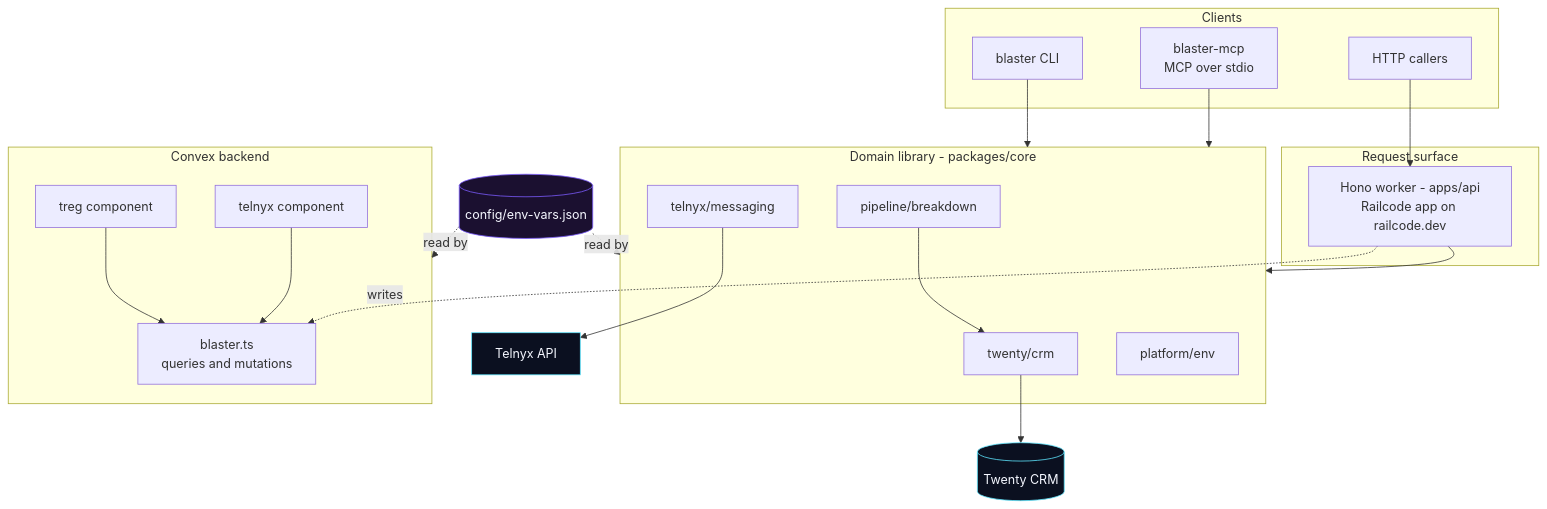
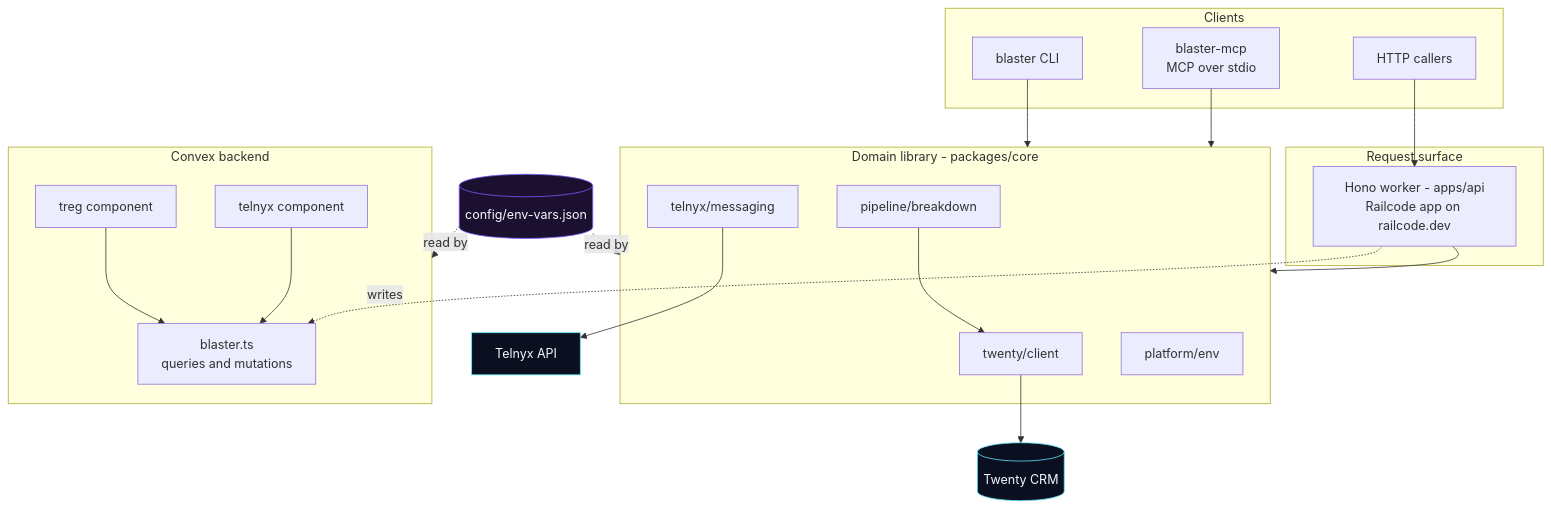
Before and after one commit to hack-lab-agentconnect/blaster: the first of 3 diagrams in README.md, drawn with Mermaid. The commit also changed other lines of this file and 70 other files, not shown here.

````diff
--- a/README.md
+++ b/README.md
@@ -12,43 +12,43 @@
 ```mermaid
 flowchart TB
   subgraph clients["Clients"]
     CLI["blaster CLI"]
     MCP["blaster-mcp<br/>MCP over stdio"]
     WEB["HTTP callers"]
   end
   subgraph api["Request surface"]
     HONO["Hono worker - apps/api<br/>Railcode app on railcode.dev"]
   end
   subgraph core["Domain library - packages/core"]
-    CRM["twenty/crm"]
+    CLIENT["twenty/client"]
     MSG["telnyx/messaging"]
     BRK["pipeline/breakdown"]
     ENV["platform/env"]
   end
   subgraph convex["Convex backend"]
     FN["blaster.ts<br/>queries and mutations"]
     TREG["treg component"]
     TEL["telnyx component"]
   end
   TWENTY[("Twenty CRM")]
   TELNYX["Telnyx API"]
   MANIFEST[("config/env-vars.json")]
 
   CLI --> core
   MCP --> core
   WEB --> HONO
   HONO --> core
   HONO -. "writes" .-> FN
-  CRM --> TWENTY
+  CLIENT --> TWENTY
   MSG --> TELNYX
-  BRK --> CRM
+  BRK --> CLIENT
   MANIFEST -. "read by" .-> core
   MANIFEST -. "read by" .-> convex
   TREG --> FN
   TEL --> FN
 
   classDef store fill:#1b1030,stroke:#7c5cff,color:#f5f7ff
   classDef ext fill:#0b1020,stroke:#5ee7ff,color:#f5f7ff
   class TWENTY,TELNYX ext
   class MANIFEST store
 ```
````
